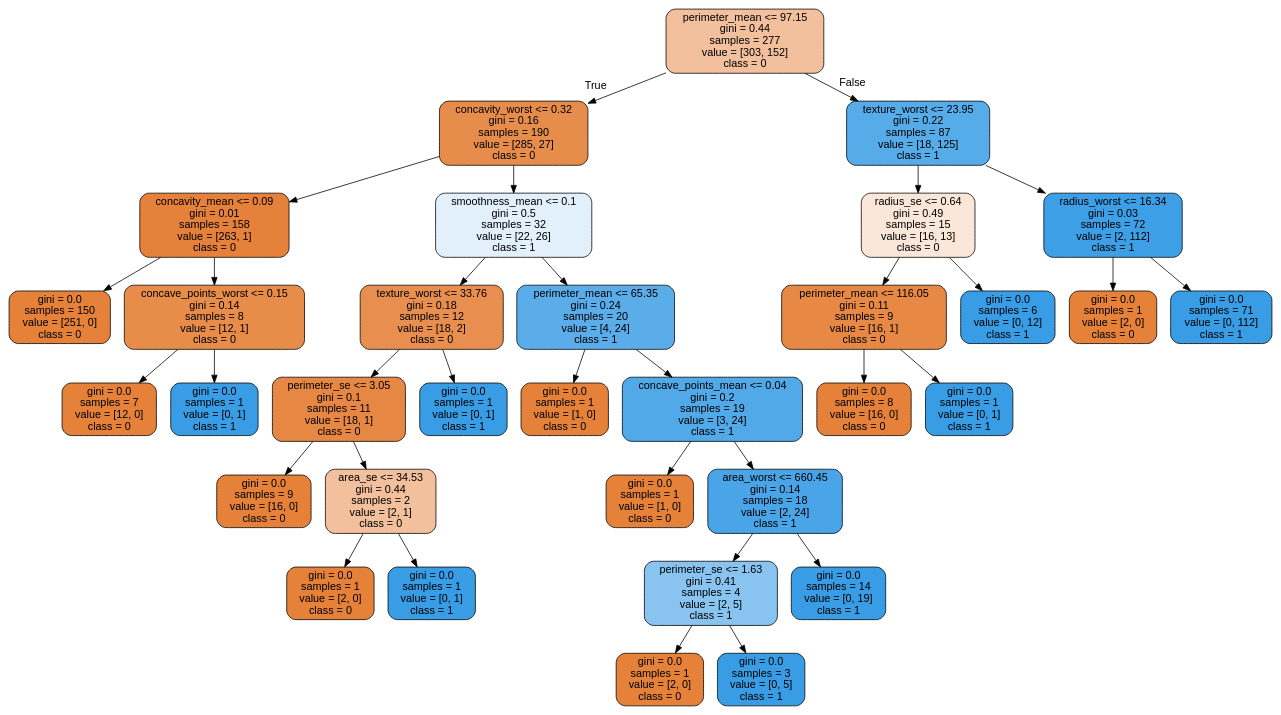
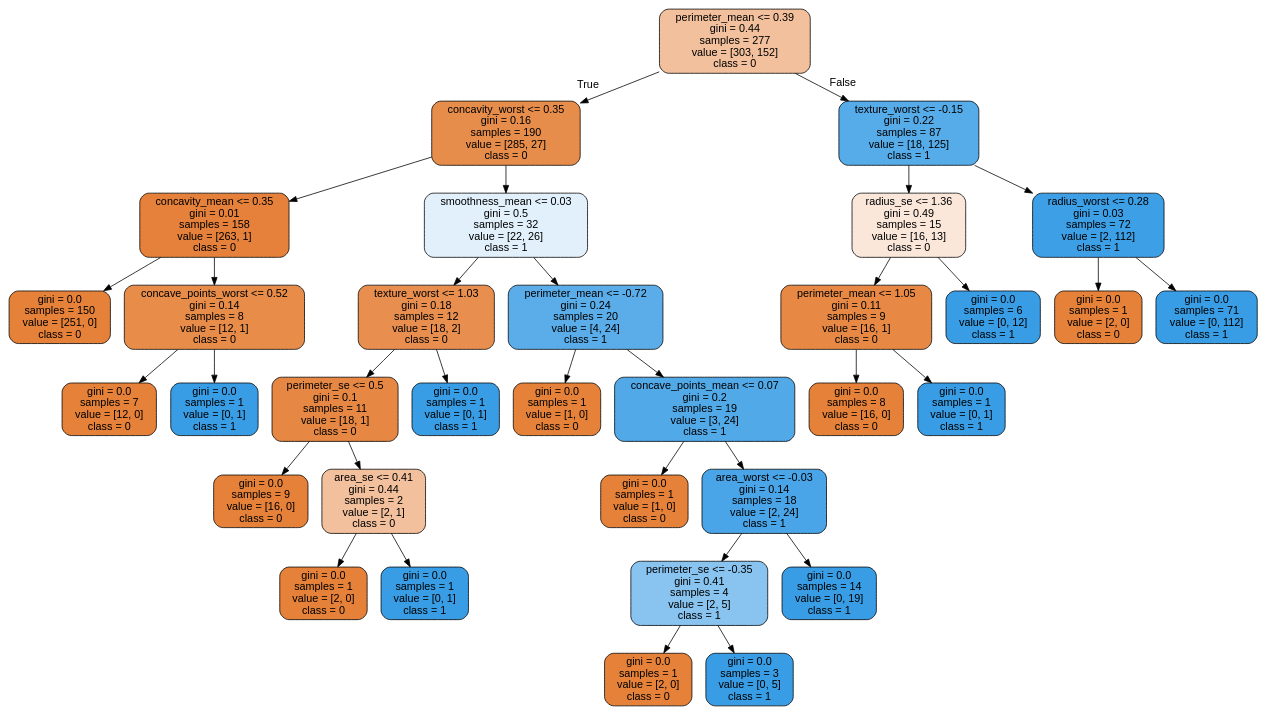
One commit to cyrilvincent/mlops changed the diagram in data/cancer/tree.dot. Above: the diagram before and after it, drawn with Graphviz. The commit also changed 4 other files, not shown here.

```diff
--- a/data/cancer/tree.dot
+++ b/data/cancer/tree.dot
@@ -1,69 +1,69 @@
 digraph Tree {
 node [shape=box, style="filled, rounded", color="black", fontname="helvetica"] ;
 edge [fontname="helvetica"] ;
-0 [label="perimeter_mean <= 97.15\ngini = 0.44\nsamples = 277\nvalue = [303, 152]\nclass = 0", fillcolor="#f2c09c"] ;
-1 [label="concavity_worst <= 0.32\ngini = 0.16\nsamples = 190\nvalue = [285, 27]\nclass = 0", fillcolor="#e78d4c"] ;
+0 [label="perimeter_mean <= 0.39\ngini = 0.44\nsamples = 277\nvalue = [303, 152]\nclass = 0", fillcolor="#f2c09c"] ;
+1 [label="concavity_worst <= 0.35\ngini = 0.16\nsamples = 190\nvalue = [285, 27]\nclass = 0", fillcolor="#e78d4c"] ;
 0 -> 1 [labeldistance=2.5, labelangle=45, headlabel="True"] ;
-2 [label="concavity_mean <= 0.09\ngini = 0.01\nsamples = 158\nvalue = [263, 1]\nclass = 0", fillcolor="#e5813a"] ;
+2 [label="concavity_mean <= 0.35\ngini = 0.01\nsamples = 158\nvalue = [263, 1]\nclass = 0", fillcolor="#e5813a"] ;
 1 -> 2 ;
 3 [label="gini = 0.0\nsamples = 150\nvalue = [251, 0]\nclass = 0", fillcolor="#e58139"] ;
 2 -> 3 ;
-4 [label="concave_points_worst <= 0.15\ngini = 0.14\nsamples = 8\nvalue = [12, 1]\nclass = 0", fillcolor="#e78c49"] ;
+4 [label="concave_points_worst <= 0.52\ngini = 0.14\nsamples = 8\nvalue = [12, 1]\nclass = 0", fillcolor="#e78c49"] ;
 2 -> 4 ;
 5 [label="gini = 0.0\nsamples = 7\nvalue = [12, 0]\nclass = 0", fillcolor="#e58139"] ;
 4 -> 5 ;
 6 [label="gini = 0.0\nsamples = 1\nvalue = [0, 1]\nclass = 1", fillcolor="#399de5"] ;
 4 -> 6 ;
-7 [label="smoothness_mean <= 0.1\ngini = 0.5\nsamples = 32\nvalue = [22, 26]\nclass = 1", fillcolor="#e1f0fb"] ;
+7 [label="smoothness_mean <= 0.03\ngini = 0.5\nsamples = 32\nvalue = [22, 26]\nclass = 1", fillcolor="#e1f0fb"] ;
 1 -> 7 ;
-8 [label="texture_worst <= 33.76\ngini = 0.18\nsamples = 12\nvalue = [18, 2]\nclass = 0", fillcolor="#e88f4f"] ;
+8 [label="texture_worst <= 1.03\ngini = 0.18\nsamples = 12\nvalue = [18, 2]\nclass = 0", fillcolor="#e88f4f"] ;
 7 -> 8 ;
-9 [label="perimeter_se <= 3.05\ngini = 0.1\nsamples = 11\nvalue = [18, 1]\nclass = 0", fillcolor="#e68844"] ;
+9 [label="perimeter_se <= 0.5\ngini = 0.1\nsamples = 11\nvalue = [18, 1]\nclass = 0", fillcolor="#e68844"] ;
 8 -> 9 ;
 10 [label="gini = 0.0\nsamples = 9\nvalue = [16, 0]\nclass = 0", fillcolor="#e58139"] ;
 9 -> 10 ;
-11 [label="area_se <= 34.53\ngini = 0.44\nsamples = 2\nvalue = [2, 1]\nclass = 0", fillcolor="#f2c09c"] ;
+11 [label="area_se <= 0.41\ngini = 0.44\nsamples = 2\nvalue = [2, 1]\nclass = 0", fillcolor="#f2c09c"] ;
 9 -> 11 ;
 12 [label="gini = 0.0\nsamples = 1\nvalue = [2, 0]\nclass = 0", fillcolor="#e58139"] ;
 11 -> 12 ;
 13 [label="gini = 0.0\nsamples = 1\nvalue = [0, 1]\nclass = 1", fillcolor="#399de5"] ;
 11 -> 13 ;
 14 [label="gini = 0.0\nsamples = 1\nvalue = [0, 1]\nclass = 1", fillcolor="#399de5"] ;
 8 -> 14 ;
-15 [label="perimeter_mean <= 65.35\ngini = 0.24\nsamples = 20\nvalue = [4, 24]\nclass = 1", fillcolor="#5aade9"] ;
+15 [label="perimeter_mean <= -0.72\ngini = 0.24\nsamples = 20\nvalue = [4, 24]\nclass = 1", fillcolor="#5aade9"] ;
 7 -> 15 ;
 16 [label="gini = 0.0\nsamples = 1\nvalue = [1, 0]\nclass = 0", fillcolor="#e58139"] ;
 15 -> 16 ;
-17 [label="concave_points_mean <= 0.04\ngini = 0.2\nsamples = 19\nvalue = [3, 24]\nclass = 1", fillcolor="#52a9e8"] ;
+17 [label="concave_points_mean <= 0.07\ngini = 0.2\nsamples = 19\nvalue = [3, 24]\nclass = 1", fillcolor="#52a9e8"] ;
 15 -> 17 ;
 18 [label="gini = 0.0\nsamples = 1\nvalue = [1, 0]\nclass = 0", fillcolor="#e58139"] ;
 17 -> 18 ;
-19 [label="area_worst <= 660.45\ngini = 0.14\nsamples = 18\nvalue = [2, 24]\nclass = 1", fillcolor="#49a5e7"] ;
+19 [label="area_worst <= -0.03\ngini = 0.14\nsamples = 18\nvalue = [2, 24]\nclass = 1", fillcolor="#49a5e7"] ;
 17 -> 19 ;
-20 [label="perimeter_se <= 1.63\ngini = 0.41\nsamples = 4\nvalue = [2, 5]\nclass = 1", fillcolor="#88c4ef"] ;
+20 [label="perimeter_se <= -0.35\ngini = 0.41\nsamples = 4\nvalue = [2, 5]\nclass = 1", fillcolor="#88c4ef"] ;
 19 -> 20 ;
 21 [label="gini = 0.0\nsamples = 1\nvalue = [2, 0]\nclass = 0", fillcolor="#e58139"] ;
 20 -> 21 ;
 22 [label="gini = 0.0\nsamples = 3\nvalue = [0, 5]\nclass = 1", fillcolor="#399de5"] ;
 20 -> 22 ;
 23 [label="gini = 0.0\nsamples = 14\nvalue = [0, 19]\nclass = 1", fillcolor="#399de5"] ;
 19 -> 23 ;
-24 [label="texture_worst <= 23.95\ngini = 0.22\nsamples = 87\nvalue = [18, 125]\nclass = 1", fillcolor="#56abe9"] ;
+24 [label="texture_worst <= -0.15\ngini = 0.22\nsamples = 87\nvalue = [18, 125]\nclass = 1", fillcolor="#56abe9"] ;
 0 -> 24 [labeldistance=2.5, labelangle=-45, headlabel="False"] ;
-25 [label="radius_se <= 0.64\ngini = 0.49\nsamples = 15\nvalue = [16, 13]\nclass = 0", fillcolor="#fae7da"] ;
+25 [label="radius_se <= 1.36\ngini = 0.49\nsamples = 15\nvalue = [16, 13]\nclass = 0", fillcolor="#fae7da"] ;
 24 -> 25 ;
-26 [label="perimeter_mean <= 116.05\ngini = 0.11\nsamples = 9\nvalue = [16, 1]\nclass = 0", fillcolor="#e78945"] ;
+26 [label="perimeter_mean <= 1.05\ngini = 0.11\nsamples = 9\nvalue = [16, 1]\nclass = 0", fillcolor="#e78945"] ;
 25 -> 26 ;
 27 [label="gini = 0.0\nsamples = 8\nvalue = [16, 0]\nclass = 0", fillcolor="#e58139"] ;
 26 -> 27 ;
 28 [label="gini = 0.0\nsamples = 1\nvalue = [0, 1]\nclass = 1", fillcolor="#399de5"] ;
 26 -> 28 ;
 29 [label="gini = 0.0\nsamples = 6\nvalue = [0, 12]\nclass = 1", fillcolor="#399de5"] ;
 25 -> 29 ;
-30 [label="radius_worst <= 16.34\ngini = 0.03\nsamples = 72\nvalue = [2, 112]\nclass = 1", fillcolor="#3d9fe5"] ;
+30 [label="radius_worst <= 0.28\ngini = 0.03\nsamples = 72\nvalue = [2, 112]\nclass = 1", fillcolor="#3d9fe5"] ;
 24 -> 30 ;
 31 [label="gini = 0.0\nsamples = 1\nvalue = [2, 0]\nclass = 0", fillcolor="#e58139"] ;
 30 -> 31 ;
 32 [label="gini = 0.0\nsamples = 71\nvalue = [0, 112]\nclass = 1", fillcolor="#399de5"] ;
 30 -> 32 ;
 }
```
